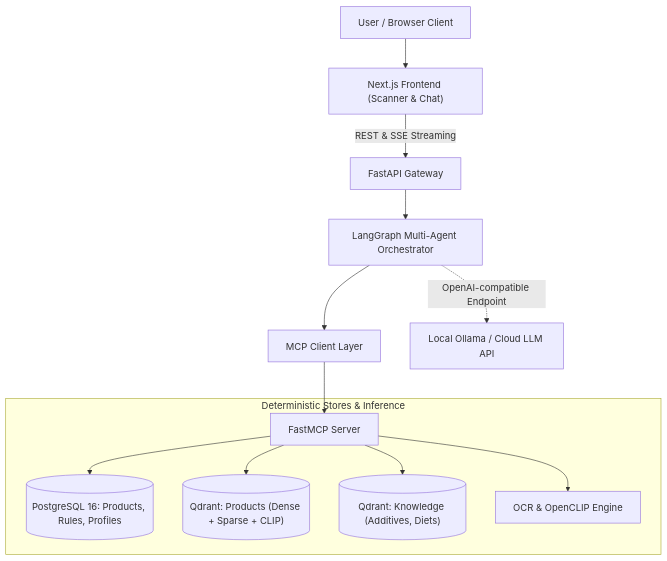
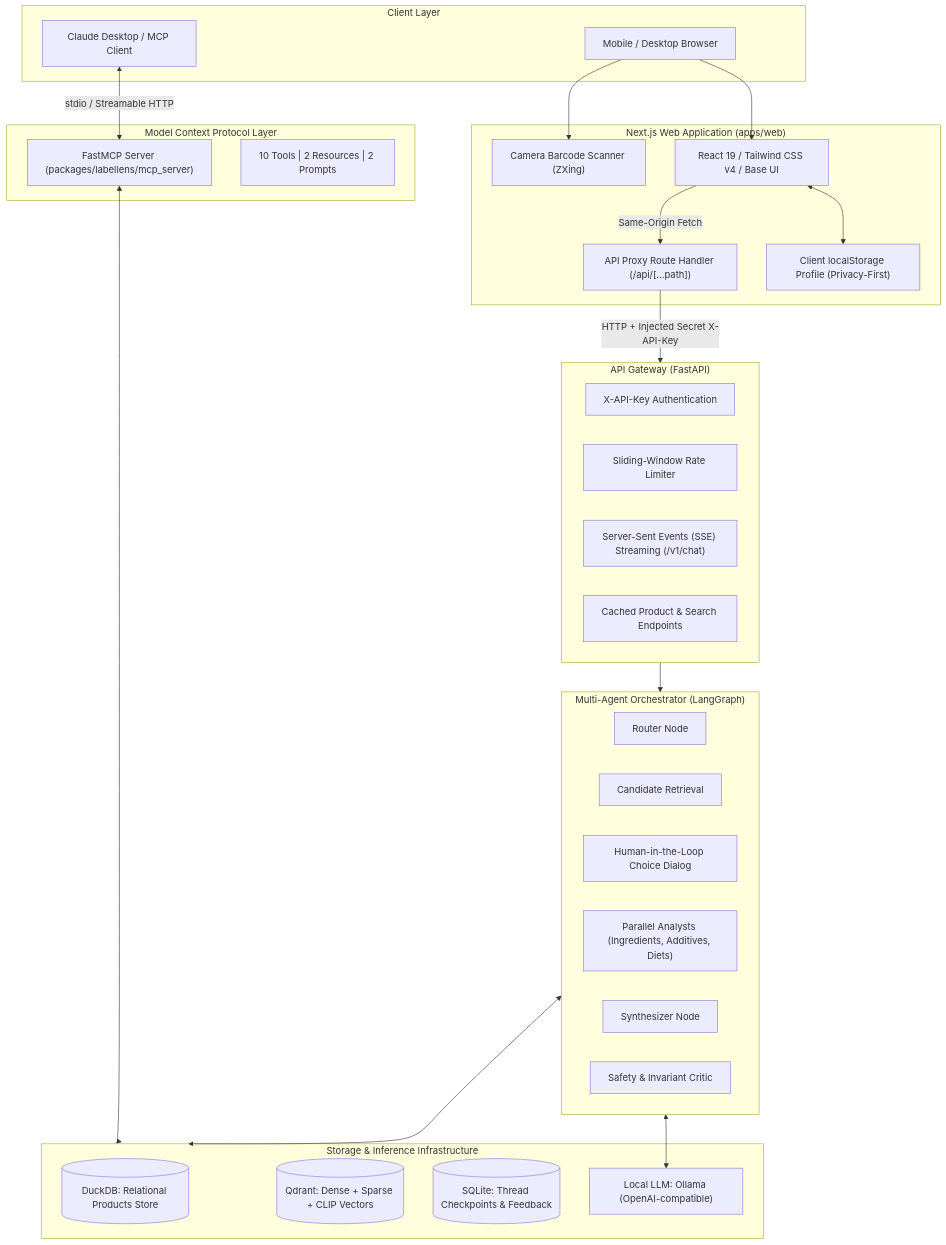
The first of 3 diagrams in README.md (iar01/nutrition-and-food-label-analyzer), drawn with Mermaid before and after one commit. The commit also changed other lines of this file, not shown here.

Commit message:
docs: overhaul README with architecture diagrams, workflows, and reproducible setup guide

````diff
--- a/README.md
+++ b/README.md
@@ -11,17 +23,55 @@
 ```mermaid
-graph TD
-    User["User / Browser Client"] --> UI["Next.js Frontend (Scanner & Chat)"]
-    UI -->|"REST & SSE Streaming"| Gateway["FastAPI Gateway"]
-    Gateway --> AgentGraph["LangGraph Multi-Agent Orchestrator"]
-    AgentGraph --> MCPClient["MCP Client Layer"]
-    MCPClient --> MCPServer["FastMCP Server"]
-
-    subgraph Stores["Deterministic Stores & Inference"]
-        MCPServer --> PG[("PostgreSQL 16: Products, Rules, Profiles")]
-        MCPServer --> QdrantProd[("Qdrant: Products (Dense + Sparse + CLIP)")]
-        MCPServer --> QdrantKnow[("Qdrant: Knowledge (Additives, Diets)")]
-        MCPServer --> Vision["OCR & OpenCLIP Engine"]
+flowchart TD
+    subgraph Clients["Client Layer"]
+        Browser["Mobile / Desktop Browser"]
+        ClaudeDesktop["Claude Desktop / MCP Client"]
     end
 
-    AgentGraph -.->|"OpenAI-compatible Endpoint"| LLM["Local Ollama / Cloud LLM API"]
+    subgraph Frontend["Next.js Web Application (apps/web)"]
+        Scanner["Camera Barcode Scanner (ZXing)"]
+        UI["React 19 / Tailwind CSS v4 / Base UI"]
+        Proxy["API Proxy Route Handler (/api/[...path])"]
+        ProfileStore["Client localStorage Profile (Privacy-First)"]
+    end
+
+    subgraph Gateway["API Gateway (FastAPI)"]
+        AuthMiddleware["X-API-Key Authentication"]
+        RateLimiter["Sliding-Window Rate Limiter"]
+        SSERoute["Server-Sent Events (SSE) Streaming (/v1/chat)"]
+        ProductRoutes["Cached Product & Search Endpoints"]
+    end
+
+    subgraph AgentSystem["Multi-Agent Orchestrator (LangGraph)"]
+        Router["Router Node"]
+        CandidateFinder["Candidate Retrieval"]
+        Picker["Human-in-the-Loop Choice Dialog"]
+        ParallelAnalysts["Parallel Analysts (Ingredients, Additives, Diets)"]
+        Synthesizer["Synthesizer Node"]
+        Critic["Safety & Invariant Critic"]
+    end
+
+    subgraph MCP["Model Context Protocol Layer"]
+        MCPServer["FastMCP Server (packages/labellens/mcp_server)"]
+        MCPTools["10 Tools | 2 Resources | 2 Prompts"]
+    end
+
+    subgraph Storage["Storage & Inference Infrastructure"]
+        DuckDB[("DuckDB: Relational Products Store")]
+        Qdrant[("Qdrant: Dense + Sparse + CLIP Vectors")]
+        SQLite[("SQLite: Thread Checkpoints & Feedback")]
+        Ollama["Local LLM: Ollama (OpenAI-compatible)"]
+    end
+
+    Browser --> Scanner
+    Browser --> UI
+    UI <--> ProfileStore
+    UI -->|"Same-Origin Fetch"| Proxy
+    Proxy -->|"HTTP + Injected Secret X-API-Key"| Gateway
+
+    ClaudeDesktop <-->|"stdio / Streamable HTTP"| MCPServer
+    MCPServer <--> Storage
+
+    Gateway --> AgentSystem
+    AgentSystem <--> Storage
+    AgentSystem <--> Ollama
 ```
````
